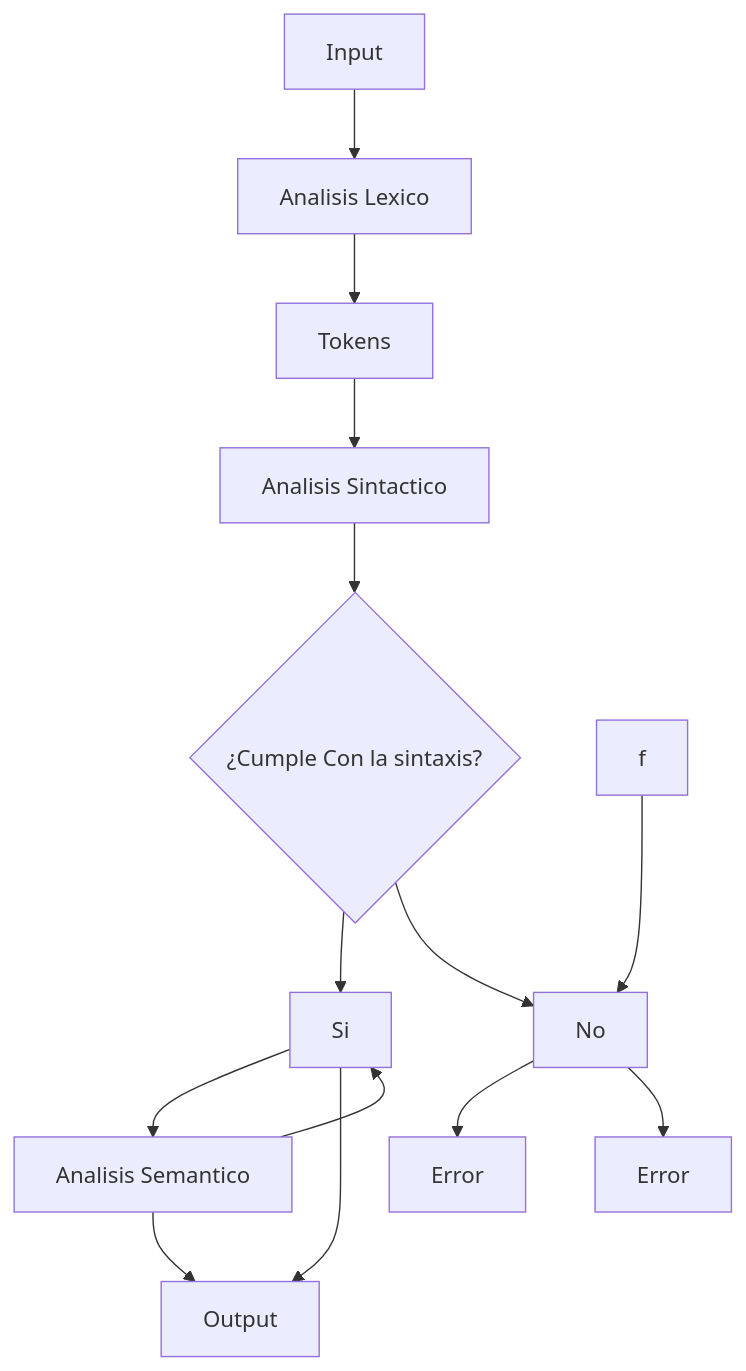
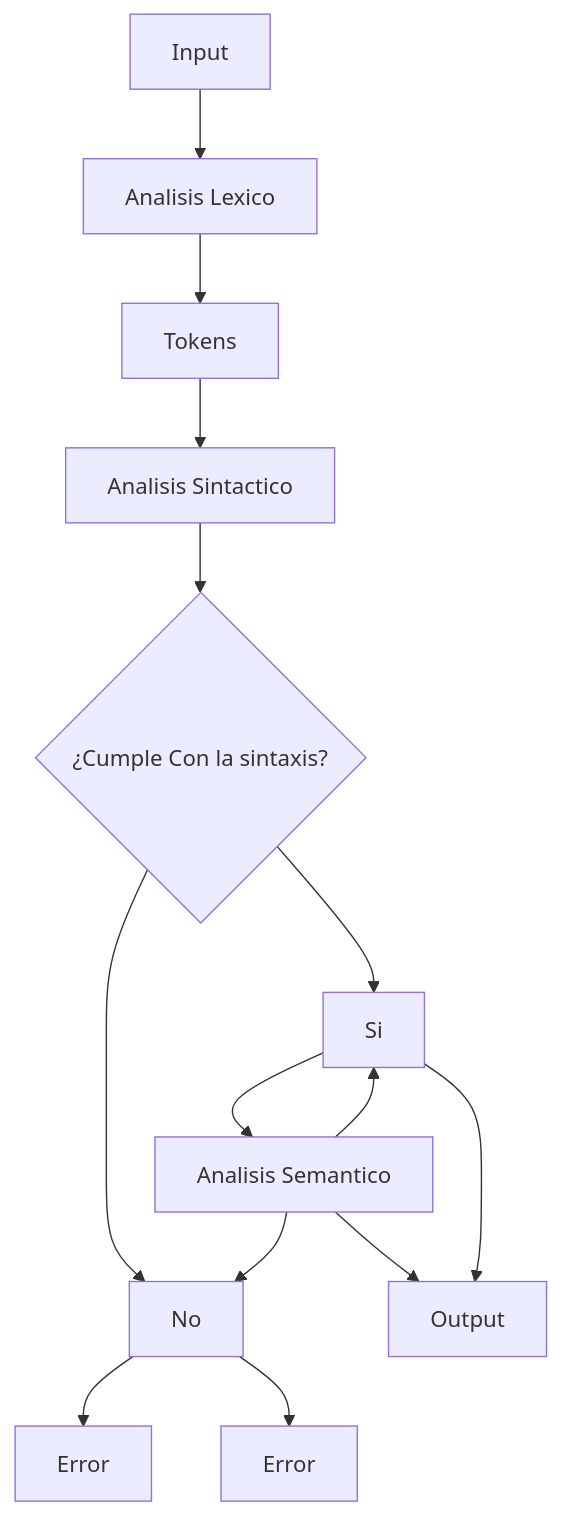
One commit to HiperB1/Portafolio changed the diagram in Compilador Parra/README.md. Above: the diagram before and after it, drawn with Mermaid.

````diff
--- a/Compilador Parra/README.md
+++ b/Compilador Parra/README.md
@@ -7,13 +7,13 @@
 ```mermaid
 flowchart TD
     A[Input] --> B[Analisis Lexico]
     B --> C[Tokens]
     C --> D[Analisis Sintactico]
     D --> E{¿Cumple Con la sintaxis?}
     E --> Si --> F[Analisis Semantico]
     E --> No --> G[Error]
     F --> I{¿Los Tokens Tienen Sentido?}
     F --> Si --> I[Output]
-    f --> No --> K[Error]
+    F --> No --> K[Error]
 
 ```
````
